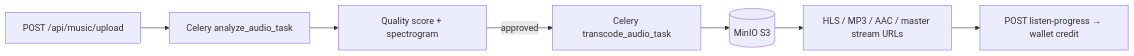
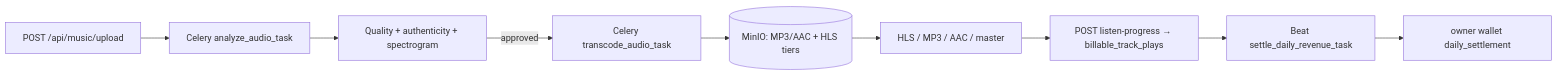
The second of 4 diagrams in implementation_plan.md (charlsonpeter/verisonic), drawn with Mermaid before and after one commit. The commit also changed other lines of this file and 4 other files, not shown here.

````diff
--- a/implementation_plan.md
+++ b/implementation_plan.md
@@ -43,9 +43,11 @@
 ```mermaid
 graph LR
     Upload[POST /api/music/upload] --> Analyze[Celery analyze_audio_task]
-    Analyze --> Score[Quality score + spectrogram]
+    Analyze --> Score[Quality + authenticity + spectrogram]
     Score -->|approved| Transcode[Celery transcode_audio_task]
-    Transcode --> S3[(MinIO S3)]
-    S3 --> Play[HLS / MP3 / AAC / master stream URLs]
-    Play --> Credit[POST listen-progress → wallet credit]
+    Transcode --> S3[(MinIO: MP3/AAC + HLS tiers)]
+    S3 --> Play[HLS / MP3 / AAC / master]
+    Play --> Record[POST listen-progress → billable_track_plays]
+    Record --> Settle[Beat settle_daily_revenue_task]
+    Settle --> Wallet[owner wallet daily_settlement]
 ```
````
